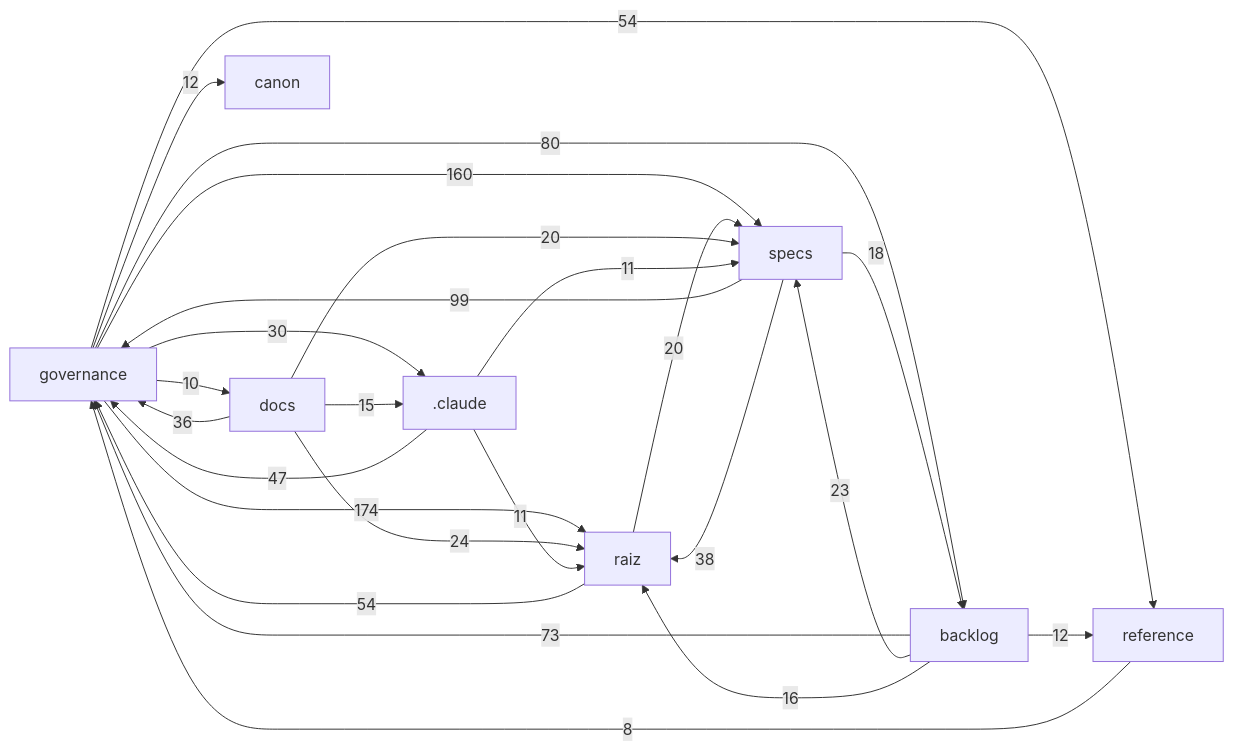
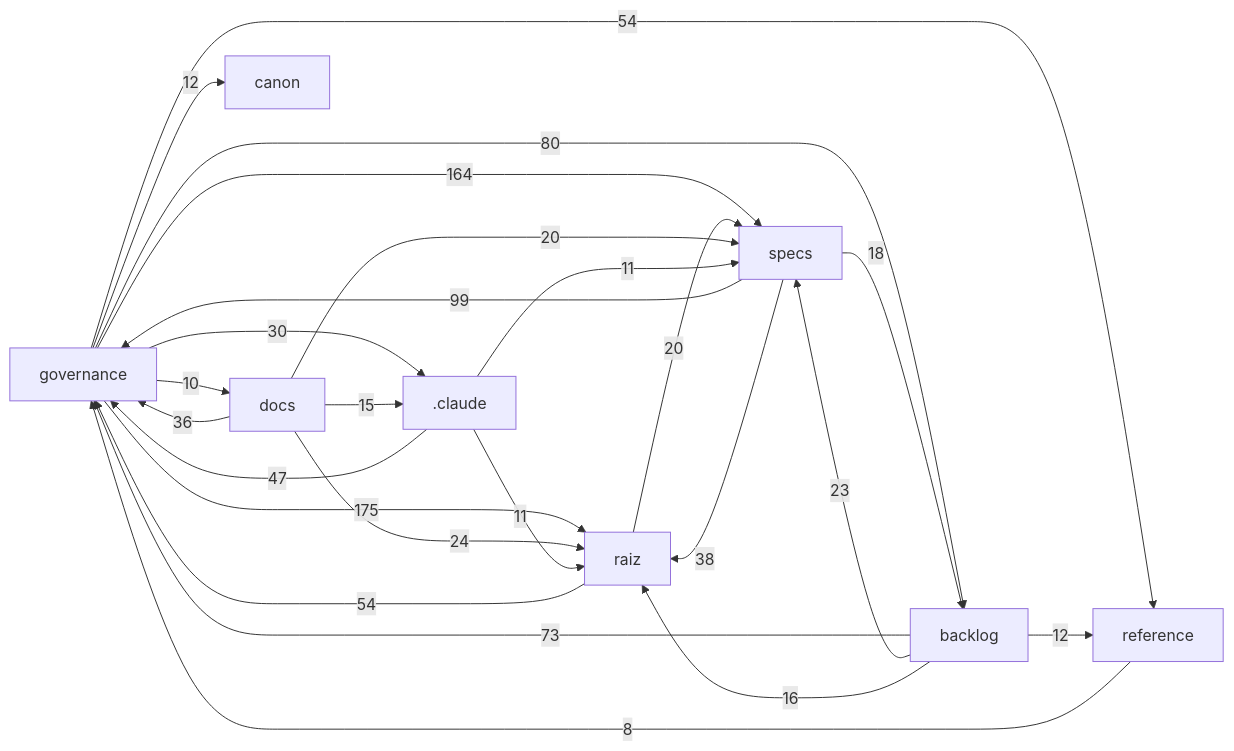
One commit to Andraus35/Sistema-Operacional-de-Trading--SOT changed the diagram in docs/mapa/MAPA-PROJETO.md. Above: the diagram before and after it, drawn with Mermaid. The commit also changed other lines of this file and 2 other files, not shown here.

````diff
--- a/docs/mapa/MAPA-PROJETO.md
+++ b/docs/mapa/MAPA-PROJETO.md
@@ -29,27 +29,27 @@
 ```mermaid
 flowchart LR
-  governance["governance"] -->|174| raiz["raiz"]
-  governance["governance"] -->|160| specs["specs"]
+  governance["governance"] -->|175| raiz["raiz"]
+  governance["governance"] -->|164| specs["specs"]
   specs["specs"] -->|99| governance["governance"]
   governance["governance"] -->|80| backlog["backlog"]
   backlog["backlog"] -->|73| governance["governance"]
   raiz["raiz"] -->|54| governance["governance"]
   governance["governance"] -->|54| reference["reference"]
   _claude[".claude"] -->|47| governance["governance"]
   specs["specs"] -->|38| raiz["raiz"]
   docs["docs"] -->|36| governance["governance"]
   governance["governance"] -->|30| _claude[".claude"]
   docs["docs"] -->|24| raiz["raiz"]
   backlog["backlog"] -->|23| specs["specs"]
   raiz["raiz"] -->|20| specs["specs"]
   docs["docs"] -->|20| specs["specs"]
   specs["specs"] -->|18| backlog["backlog"]
   backlog["backlog"] -->|16| raiz["raiz"]
   docs["docs"] -->|15| _claude[".claude"]
   backlog["backlog"] -->|12| reference["reference"]
   governance["governance"] -->|12| canon["canon"]
   _claude[".claude"] -->|11| raiz["raiz"]
   _claude[".claude"] -->|11| specs["specs"]
   governance["governance"] -->|10| docs["docs"]
   reference["reference"] -->|8| governance["governance"]
 ```
````
